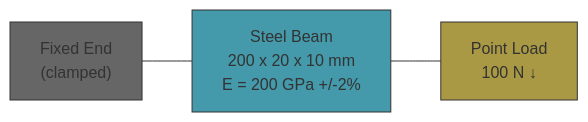
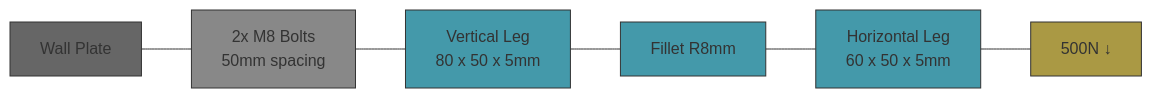
The diagram in readme.md (engineering-with-ai/mechanical-base), drawn with Mermaid before and after one commit. The commit also changed other lines of this file and 22 other files, not shown here.

````diff
--- a/readme.md
+++ b/readme.md
@@ -12,9 +12,15 @@
 ```mermaid
 graph LR
-    FIX["Fixed End<br/>(clamped)"] --- BEAM["Steel Beam<br/>200 x 20 x 10 mm<br/>E = 200 GPa +/-2%"]
-    BEAM --- LOAD["Point Load<br/>100 N ↓"]
+    WALL["Wall Plate"] --- BOLTS["2x M8 Bolts<br/>50mm spacing"]
+    BOLTS --- VERT["Vertical Leg<br/>80 x 50 x 5mm"]
+    VERT --- BEND["Fillet R8mm"]
+    BEND --- HORIZ["Horizontal Leg<br/>60 x 50 x 5mm"]
+    HORIZ --- LOAD["500N ↓"]
 
-    style FIX fill:#666,stroke:#333
-    style BEAM fill:#49a,stroke:#333
+    style WALL fill:#666,stroke:#333
+    style BOLTS fill:#888,stroke:#333
+    style VERT fill:#49a,stroke:#333
+    style BEND fill:#49a,stroke:#333
+    style HORIZ fill:#49a,stroke:#333
     style LOAD fill:#a94,stroke:#333
 ```
````
